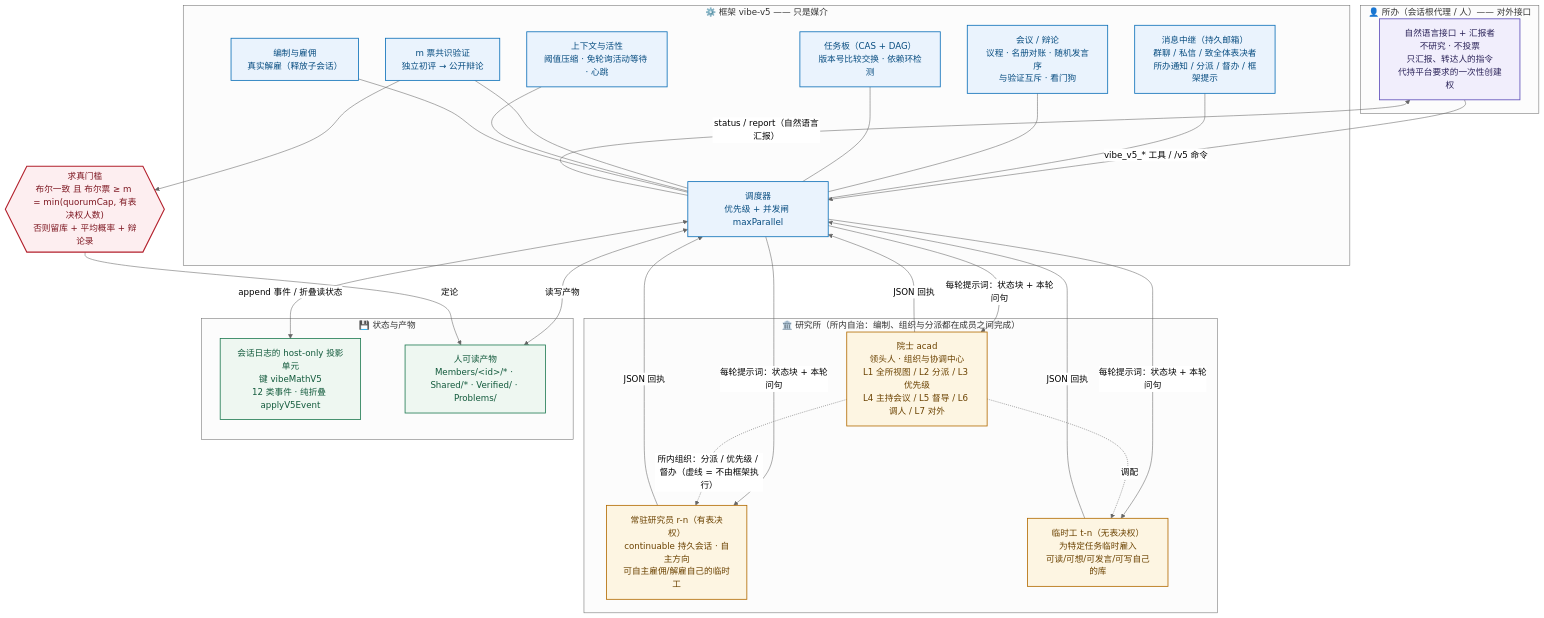
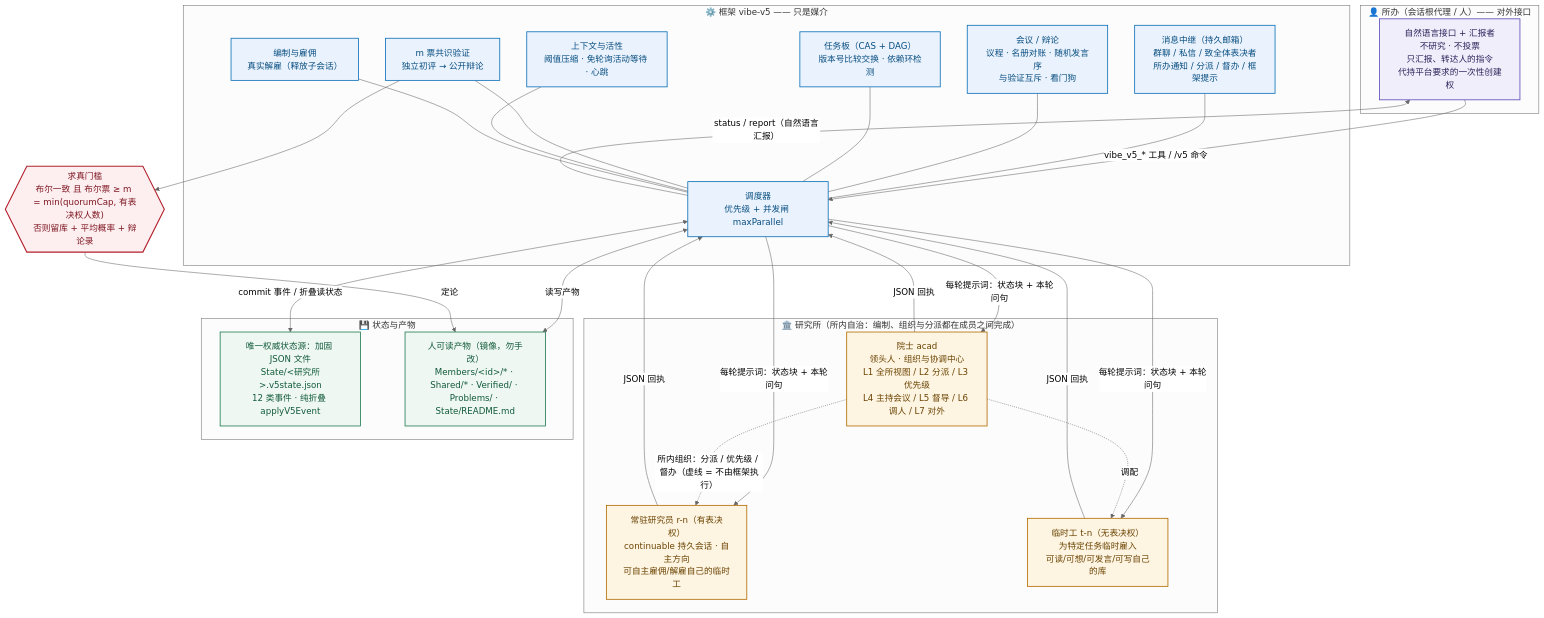
One commit to ChongCyrus/Vibe-Mathematics changed the first of 11 diagrams in vibe-math-v5/架构图.md. Above: the diagram before and after it, drawn with Mermaid (neutral theme). The commit also changed other lines of this file and 34 other files, not shown here.

````diff
--- a/vibe-math-v5/架构图.md
+++ b/vibe-math-v5/架构图.md
@@ -16,61 +16,61 @@
 ```mermaid
 flowchart TB
     subgraph L0["👤 所办（会话根代理 / 人）—— 对外接口"]
         OFF["自然语言接口 + 汇报者<br/>不研究 · 不投票<br/>只汇报、转达人的指令<br/>代持平台要求的一次性创建权"]
     end
 
     subgraph L1["🏛️ 研究所（所内自治：编制、组织与分派都在成员之间完成）"]
         ACAD["院士 acad<br/>领头人 · 组织与协调中心<br/>L1 全所视图 / L2 分派 / L3 优先级<br/>L4 主持会议 / L5 督导 / L6 调人 / L7 对外"]
         RES["常驻研究员 r-n（有表决权）<br/>continuable 持久会话 · 自主方向<br/>可自主雇佣/解雇自己的临时工"]
         TMP["临时工 t-n（无表决权）<br/>为特定任务临时雇入<br/>可读/可想/可发言/可写自己的库"]
     end
 
     subgraph L2["⚙️ 框架 vibe-v5 —— 只是媒介"]
         MSG["消息中继（持久邮箱）<br/>群聊 / 私信 / 致全体表决者<br/>所办通知 / 分派 / 督办 / 框架提示"]
         MTG["会议 / 辩论<br/>议程 · 名册对账 · 随机发言序<br/>与验证互斥 · 看门狗"]
         TASK["任务板（CAS + DAG）<br/>版本号比较交换 · 依赖环检测"]
         VOTE["m 票共识验证<br/>独立初评 → 公开辩论"]
         CTX["上下文与活性<br/>阈值压缩 · 免轮询活动等待 · 心跳"]
         STAFF["编制与雇佣<br/>真实解雇（释放子会话）"]
         SCHED["调度器<br/>优先级 + 并发闸 maxParallel"]
     end
 
     subgraph L3["💾 状态与产物"]
-        PROJ["会话日志的 host-only 投影单元<br/>键 vibeMathV5<br/>12 类事件 · 纯折叠 applyV5Event"]
-        FS["人可读产物<br/>Members/&lt;id&gt;/* · Shared/* · Verified/ · Problems/"]
+        STATE["唯一权威状态源：加固 JSON 文件<br/>State/&lt;研究所&gt;.v5state.json<br/>12 类事件 · 纯折叠 applyV5Event"]
+        FS["人可读产物（镜像，勿手改）<br/>Members/&lt;id&gt;/* · Shared/* · Verified/ · Problems/ · State/README.md"]
     end
 
     RULE{{"求真门槛<br/>布尔一致 且 布尔票 ≥ m = min(quorumCap, 有表决权人数)<br/>否则留库 + 平均概率 + 辩论录"}}
 
     OFF -->|"vibe_v5_* 工具 / /v5 命令"| SCHED
     SCHED -->|"status / report（自然语言汇报）"| OFF
     SCHED -->|"每轮提示词：状态块 + 本轮问句"| ACAD
     SCHED -->|"每轮提示词：状态块 + 本轮问句"| RES
     SCHED -->|"每轮提示词：状态块 + 本轮问句"| TMP
     ACAD -->|"JSON 回执"| SCHED
     RES -->|"JSON 回执"| SCHED
     TMP -->|"JSON 回执"| SCHED
     ACAD -.->|"所内组织：分派 / 优先级 / 督办（虚线 = 不由框架执行）"| RES
     ACAD -.->|"调配"| TMP
     MSG --- SCHED
     MTG --- SCHED
     TASK --- SCHED
     VOTE --- SCHED
     CTX --- SCHED
     STAFF --- SCHED
-    SCHED <-->|"append 事件 / 折叠读状态"| PROJ
+    SCHED <-->|"commit 事件 / 折叠读状态"| STATE
     SCHED <-->|"读写产物"| FS
     VOTE --> RULE
     RULE -->|"定论"| FS
 
     classDef human fill:#f1eefc,stroke:#5b4bb8,stroke-width:1.5px,color:#2b2359
     classDef house fill:#fdf5e2,stroke:#b26a00,stroke-width:1.5px,color:#6b4200
     classDef frame fill:#eaf3fd,stroke:#0b6fb8,stroke-width:1.5px,color:#084d80
     classDef data fill:#eef7f1,stroke:#1f7a52,stroke-width:1.5px,color:#125a3c
     classDef gate fill:#fdeef0,stroke:#b3202c,stroke-width:2px,color:#7d1620
     class OFF human
     class ACAD,RES,TMP house
     class MSG,MTG,TASK,VOTE,CTX,STAFF,SCHED frame
-    class PROJ,FS data
+    class STATE,FS data
     class RULE gate
 ```
````
